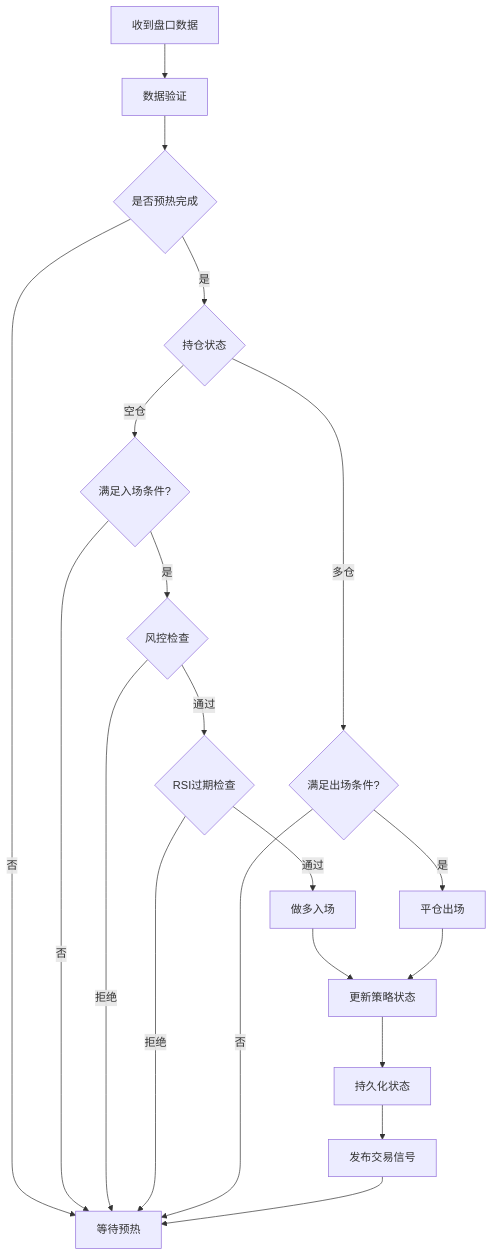
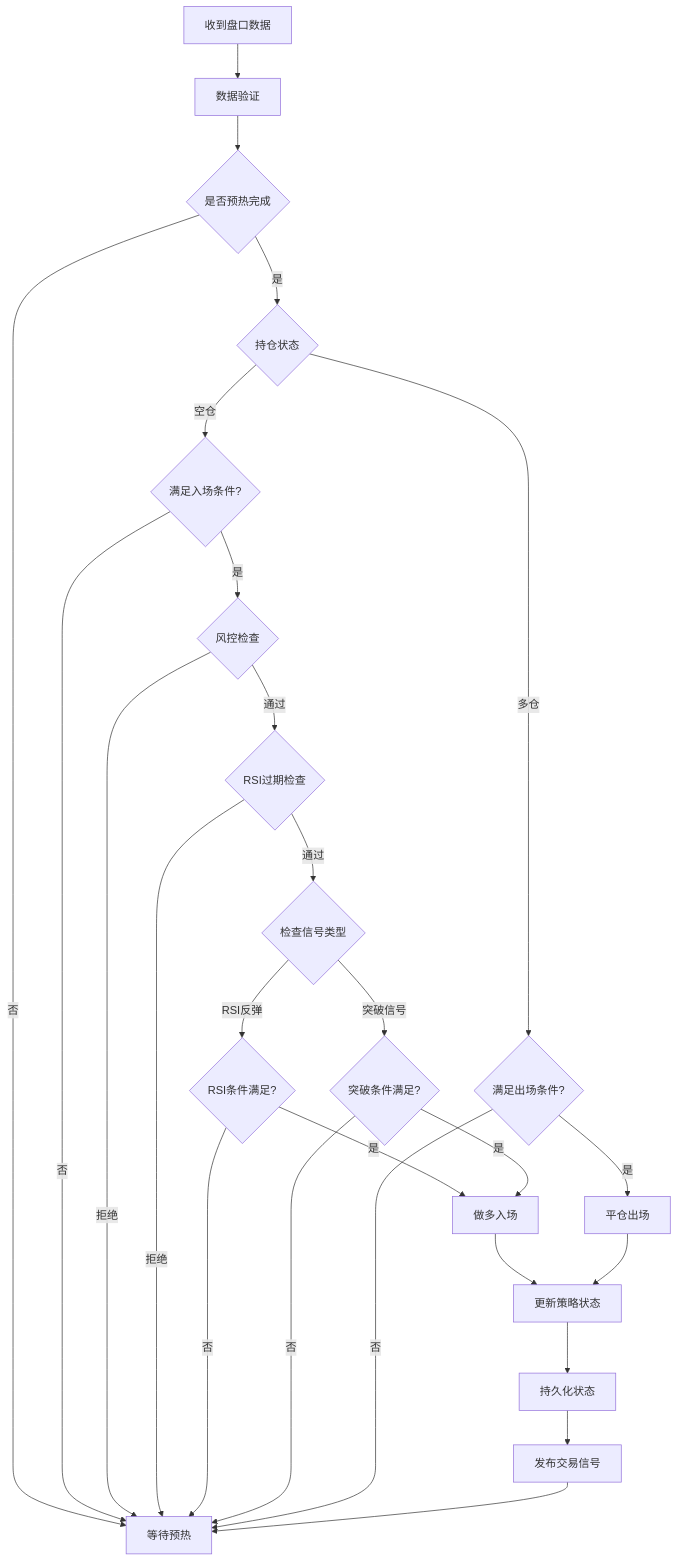
The third of 9 diagrams in .qoder/repowiki/zh/content/核心模块/动量策略引擎.md (Heres1/binanceWebsocket), drawn with Mermaid before and after one commit. The commit also changed other lines of this file and 7 other files, not shown here.

````diff
--- a/.qoder/repowiki/zh/content/核心模块/动量策略引擎.md
+++ b/.qoder/repowiki/zh/content/核心模块/动量策略引擎.md
@@ -149,22 +153,28 @@
 ```mermaid
 flowchart TD
 Start[收到盘口数据] --> Validate[数据验证]
 Validate --> CheckWarmup{是否预热完成}
 CheckWarmup --> |否| Wait[等待预热]
 CheckWarmup --> |是| CheckPosition{持仓状态}
 CheckPosition --> |空仓| CheckEntry{满足入场条件?}
 CheckEntry --> |否| Wait
 CheckEntry --> |是| CheckRisk{风控检查}
 CheckRisk --> |通过| CheckRSI{RSI过期检查}
 CheckRisk --> |拒绝| Wait
-CheckRSI --> |通过| Enter[做多入场]
+CheckRSI --> |通过| CheckSignal{检查信号类型}
 CheckRSI --> |拒绝| Wait
+CheckSignal --> |RSI反弹| CheckRSICondition{RSI条件满足?}
+CheckSignal --> |突破信号| CheckBreakout{突破条件满足?}
+CheckRSICondition --> |是| Enter[做多入场]
+CheckRSICondition --> |否| Wait
+CheckBreakout --> |是| Enter
+CheckBreakout --> |否| Wait
 CheckPosition --> |多仓| CheckExit{满足出场条件?}
 CheckExit --> |否| Wait
 CheckExit --> |是| Exit[平仓出场]
 Enter --> UpdateState[更新策略状态]
 Exit --> UpdateState
 UpdateState --> Persist[持久化状态]
 Persist --> EmitSignal[发布交易信号]
 EmitSignal --> Wait
 ```
````
